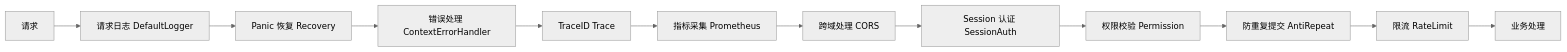
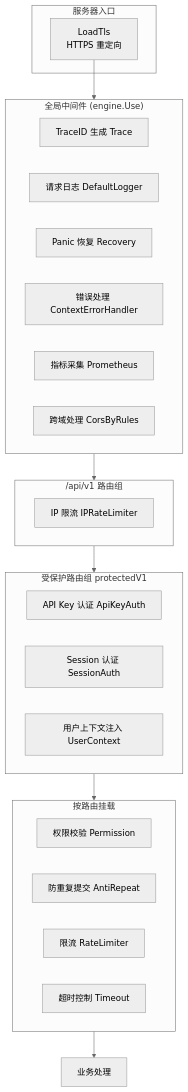
Before and after one commit to earthy-zinc/dehaze-system: the third of 7 diagrams in dehaze-doc/docs/04-项目实现/后端/02-Go架构文档.md, drawn with Mermaid (neutral theme). The commit also changed other lines of this file and 24 other files, not shown here.

First line of the commit message:
docs: add and update multiple architecture documents

````diff
--- a/dehaze-doc/docs/04-项目实现/后端/02-Go架构文档.md
+++ b/dehaze-doc/docs/04-项目实现/后端/02-Go架构文档.md
@@ -156,14 +165,32 @@
 ```mermaid
-flowchart LR
-    Req["请求"] --> Logger["请求日志 DefaultLogger"]
-    Logger --> Recovery["Panic 恢复 Recovery"]
-    Recovery --> ErrorHandler["错误处理 ContextErrorHandler"]
-    ErrorHandler --> Trace["TraceID Trace"]
-    Trace --> Prometheus["指标采集 Prometheus"]
-    Prometheus --> CORS["跨域处理 CORS"]
-    CORS --> Session["Session 认证 SessionAuth"]
-    Session --> Permission["权限校验 Permission"]
-    Permission --> AntiRepeat["防重复提交 AntiRepeat"]
-    AntiRepeat --> RateLimit["限流 RateLimit"]
-    RateLimit --> Handler["业务处理"]
+flowchart TB
+    subgraph Entry["服务器入口"]
+        TLS["LoadTls<br/>HTTPS 重定向"]
+    end
+    subgraph Global["全局中间件 (engine.Use)"]
+        direction LR
+        Trace["TraceID 生成 Trace"]
+        Logger["请求日志 DefaultLogger"]
+        Recovery["Panic 恢复 Recovery"]
+        ErrHandler["错误处理 ContextErrorHandler"]
+        Prometheus["指标采集 Prometheus"]
+        CORS["跨域处理 CorsByRules"]
+    end
+    subgraph V1["/api/v1 路由组"]
+        IPRateLimit["IP 限流 IPRateLimiter"]
+    end
+    subgraph Protected["受保护路由组 protectedV1"]
+        direction LR
+        ApiKey["API Key 认证 ApiKeyAuth"]
+        Session["Session 认证 SessionAuth"]
+        UserCtx["用户上下文注入 UserContext"]
+    end
+    subgraph PerRoute["按路由挂载"]
+        direction LR
+        Permission["权限校验 Permission"]
+        AntiRepeat["防重复提交 AntiRepeat"]
+        RateLimit["限流 RateLimiter"]
+        Timeout["超时控制 Timeout"]
+    end
+    TLS --> Global --> V1 --> Protected --> PerRoute --> Handler["业务处理"]
 ```
````
